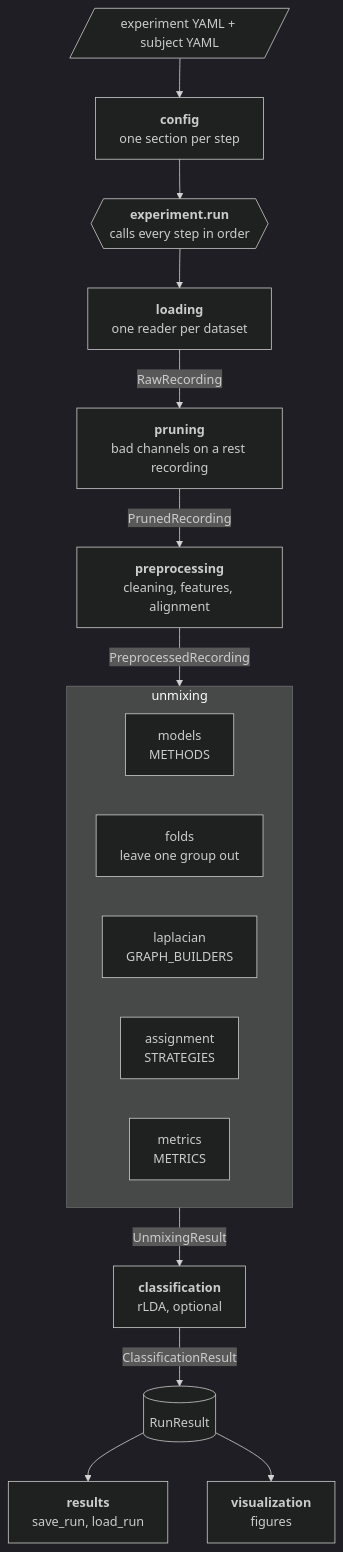
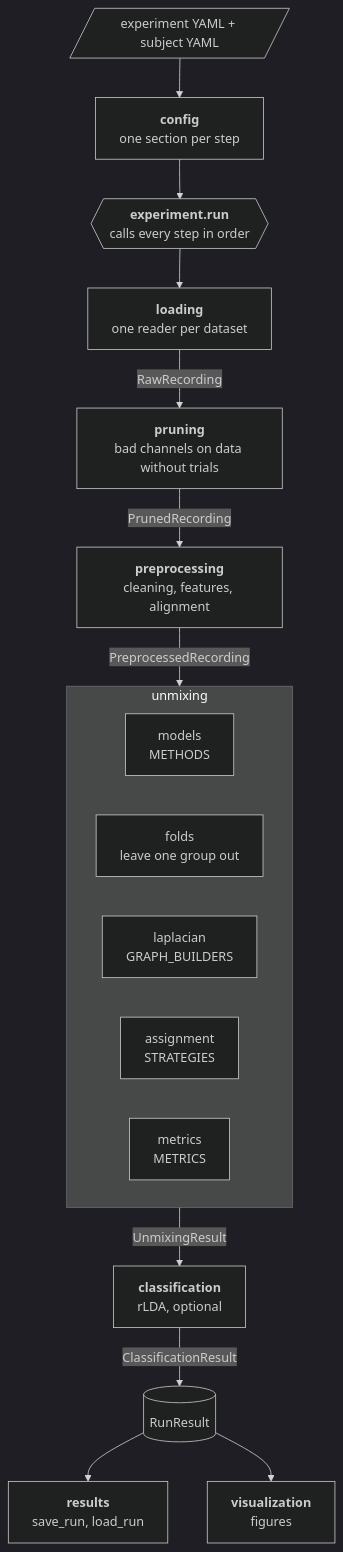
The diagram in README.md (valvido/EEG_fNIRS_Behaviour_Decoding), drawn with Mermaid (dark theme) before and after one commit. The commit also changed other lines of this file and 67 other files, not shown here.

````diff
--- a/README.md
+++ b/README.md
@@ -38,21 +38,21 @@
 ```mermaid
 flowchart TD
     yaml[/"experiment YAML + subject YAML"/] --> config["<b>config</b><br/>one section per step"]
     config --> run{{"<b>experiment.run</b><br/>calls every step in order"}}
     run --> loading["<b>loading</b><br/>one reader per dataset"]
-    loading -- RawRecording --> pruning["<b>pruning</b><br/>bad channels on a rest recording"]
+    loading -- RawRecording --> pruning["<b>pruning</b><br/>bad channels on data without trials"]
     pruning -- PrunedRecording --> preprocessing["<b>preprocessing</b><br/>cleaning, features, alignment"]
     preprocessing -- PreprocessedRecording --> unmixing
     subgraph unmixing ["unmixing"]
         direction LR
         models["models<br/>METHODS"]
         folds["folds<br/>leave one group out"]
         laplacian["laplacian<br/>GRAPH_BUILDERS"]
         assignment["assignment<br/>STRATEGIES"]
         metrics["metrics<br/>METRICS"]
     end
     unmixing -- UnmixingResult --> classification["<b>classification</b><br/>rLDA, optional"]
     classification -- ClassificationResult --> result[("RunResult")]
     result --> results["<b>results</b><br/>save_run, load_run"]
     result --> visualization["<b>visualization</b><br/>figures"]
 ```
````
